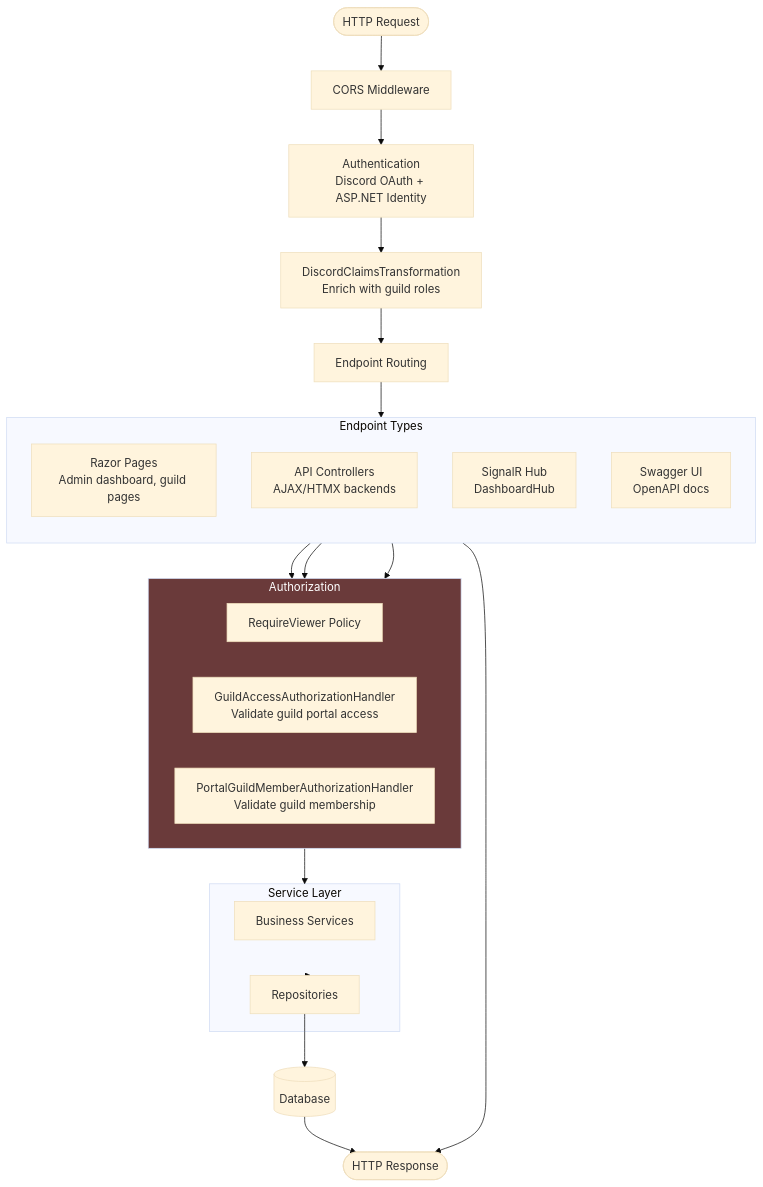
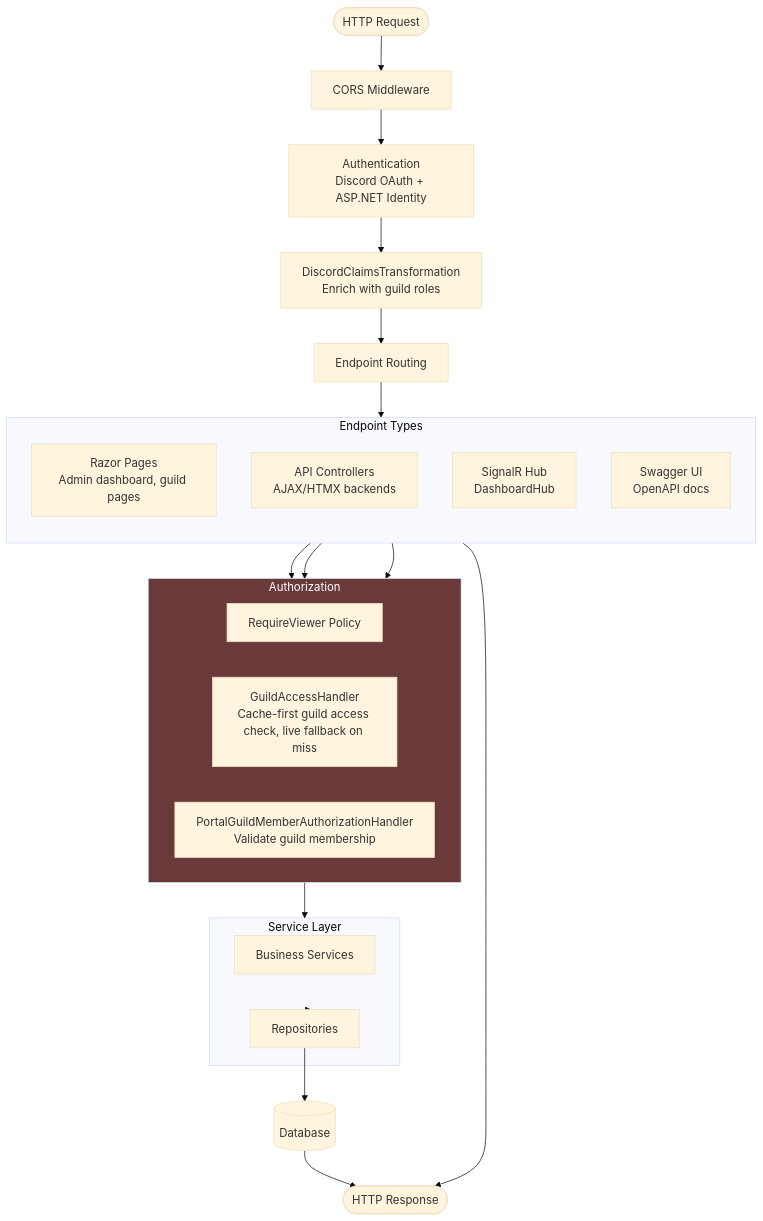
The eighth of 13 diagrams in docs/architecture-diagrams.md (cpike5/discordbot), drawn with Mermaid (base theme) before and after one commit. The commit also changed other lines of this file and 8 other files, not shown here.

````diff
--- a/docs/architecture-diagrams.md
+++ b/docs/architecture-diagrams.md
@@ -335,42 +335,42 @@
 ```mermaid
 flowchart TD
     req([HTTP Request])
     cors["CORS Middleware"]
     auth["Authentication\nDiscord OAuth + ASP.NET Identity"]
     claims["DiscordClaimsTransformation\nEnrich with guild roles"]
     routing["Endpoint Routing"]
 
     subgraph endpoints["Endpoint Types"]
         direction TB
         razor["Razor Pages\nAdmin dashboard, guild pages"]
         apiCtrl["API Controllers\nAJAX/HTMX backends"]
         signalr["SignalR Hub\nDashboardHub"]
         swagger["Swagger UI\nOpenAPI docs"]
     end
 
     subgraph authz["Authorization"]
         viewer["RequireViewer Policy"]
-        guildAccess["GuildAccessAuthorizationHandler\nValidate guild portal access"]
+        guildAccess["GuildAccessHandler\nCache-first guild access check, live fallback on miss"]
         memberAccess["PortalGuildMemberAuthorizationHandler\nValidate guild membership"]
     end
 
     subgraph services["Service Layer"]
         biz["Business Services"]
         repos["Repositories"]
     end
 
     db[(Database)]
     resp([HTTP Response])
 
     req --> cors --> auth --> claims --> routing
     routing --> endpoints
     razor --> authz
     apiCtrl --> authz
     signalr --> authz
     authz --> services
     services --> repos --> db
     db --> resp
     swagger --> resp
 
     style authz fill:#6a3a3a,color:#fff
 ```
````
